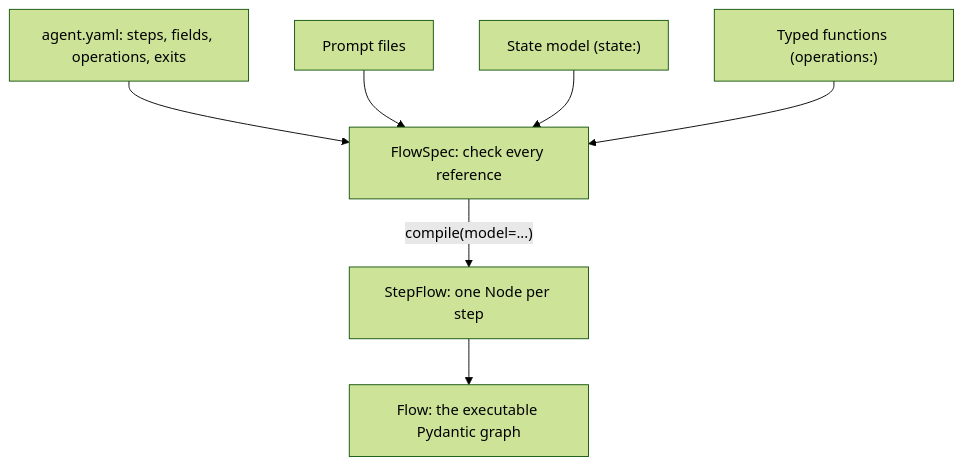
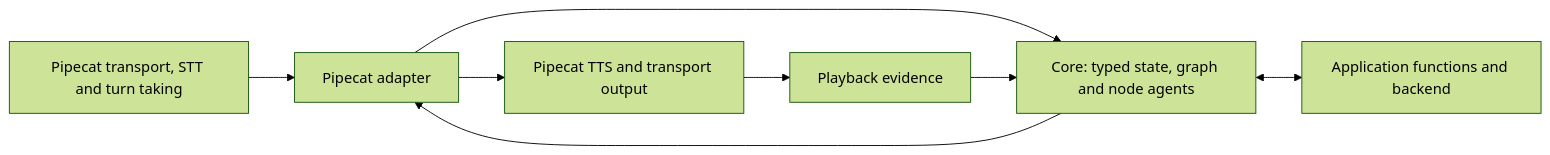
Before and after one commit to slng-ai/unmute-beat: the diagram in README.md, drawn with Mermaid (forest theme). The commit also changed other lines of this file, not shown here.

Commit message:
Describe the reusable node-agent architecture in README

````diff
--- a/README.md
+++ b/README.md
@@ -251,9 +28,10 @@
 ```mermaid
-flowchart TD
-    YAML["agent.yaml: steps, fields, operations, exits"] --> Spec["FlowSpec: check every reference"]
-    Prompt["Prompt files"] --> Spec
-    State["State model (state:)"] --> Spec
-    Funcs["Typed functions (operations:)"] --> Spec
-    Spec -->|"compile(model=...)"| Steps["StepFlow: one Node per step"]
-    Steps --> Graph["Flow: the executable Pydantic graph"]
+flowchart LR
+    Input["Pipecat transport, STT and turn taking"] --> Adapter["Pipecat adapter"]
+    Adapter --> Core["Core: typed state, graph and node agents"]
+    Core <--> Functions["Application functions and backend"]
+    Core --> Adapter
+    Adapter --> Output["Pipecat TTS and transport output"]
+    Output --> Playback["Playback evidence"]
+    Playback --> Core
 ```
````
